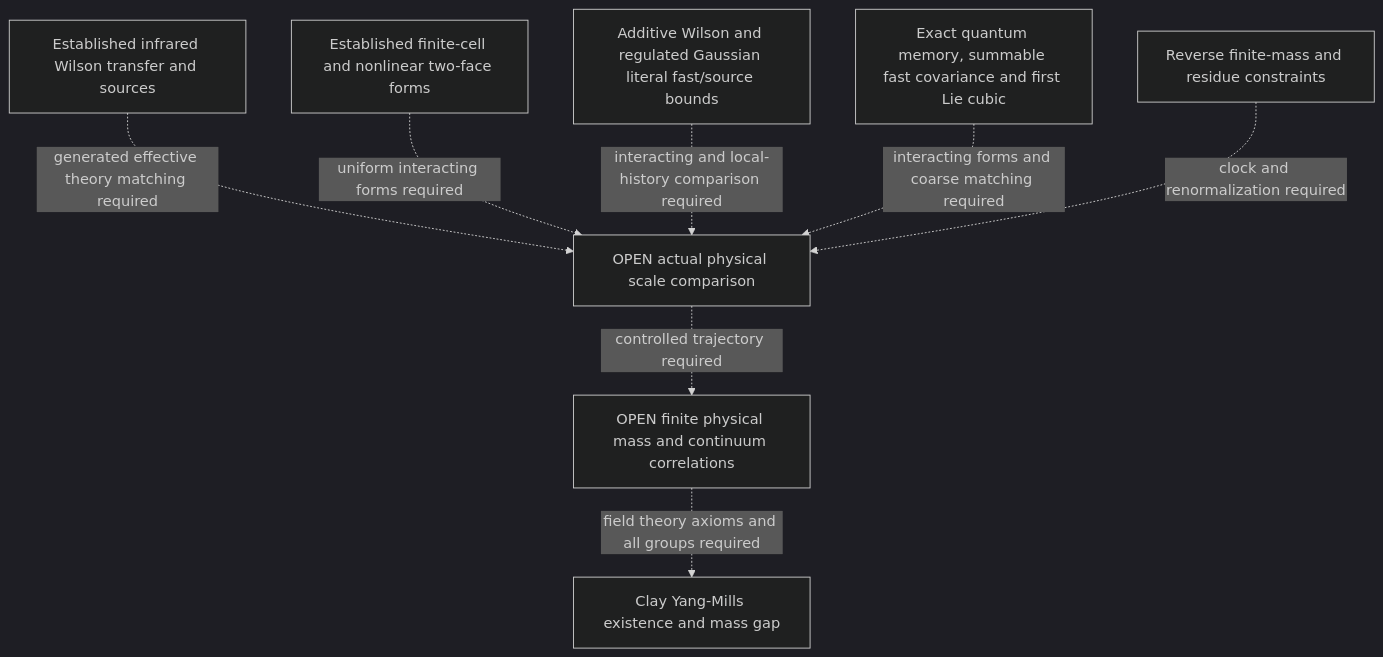
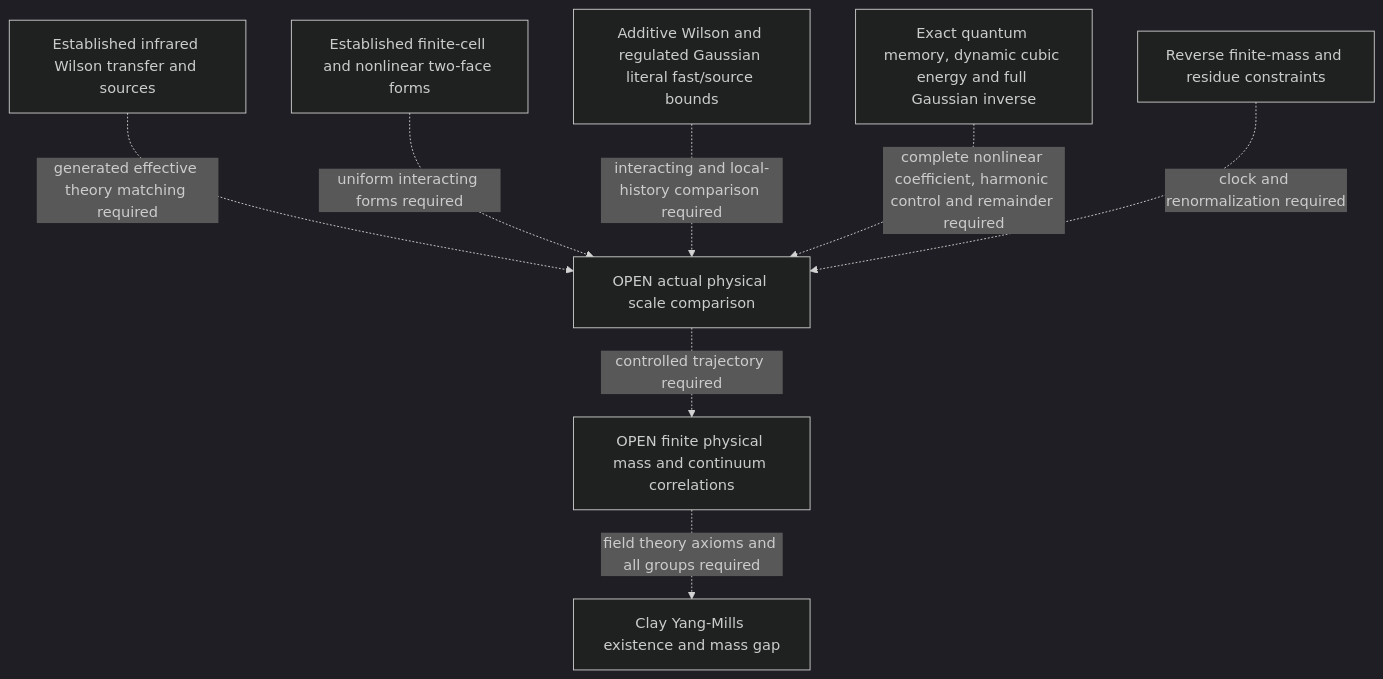
One commit to ats314/WORKHOUSE changed the diagram in docs/research_goal.md. Above: the diagram before and after it, drawn with Mermaid (dark theme). The commit also changed other lines of this file and 45 other files, not shown here.

Commit message:
Derive the full Gaussian fast Green operator and dynamic cubic energy bounds

````diff
--- a/docs/research_goal.md
+++ b/docs/research_goal.md
@@ -97,10 +97,10 @@
 ```mermaid
 flowchart TD
   IR[Established infrared Wilson transfer and sources] -. generated effective theory matching required .-> RG[OPEN actual physical scale comparison]
   UV[Established finite-cell and nonlinear two-face forms] -. uniform interacting forms required .-> RG
   LS[Additive Wilson and regulated Gaussian literal fast/source bounds] -. interacting and local-history comparison required .-> RG
-  FM[Exact quantum memory, summable fast covariance and first Lie cubic] -. interacting forms and coarse matching required .-> RG
+  FM[Exact quantum memory, dynamic cubic energy and full Gaussian inverse] -. complete nonlinear coefficient, harmonic control and remainder required .-> RG
   R[Reverse finite-mass and residue constraints] -. clock and renormalization required .-> RG
   RG -. controlled trajectory required .-> C[OPEN finite physical mass and continuum correlations]
   C -. field theory axioms and all groups required .-> YM[Clay Yang-Mills existence and mass gap]
 ```
````
